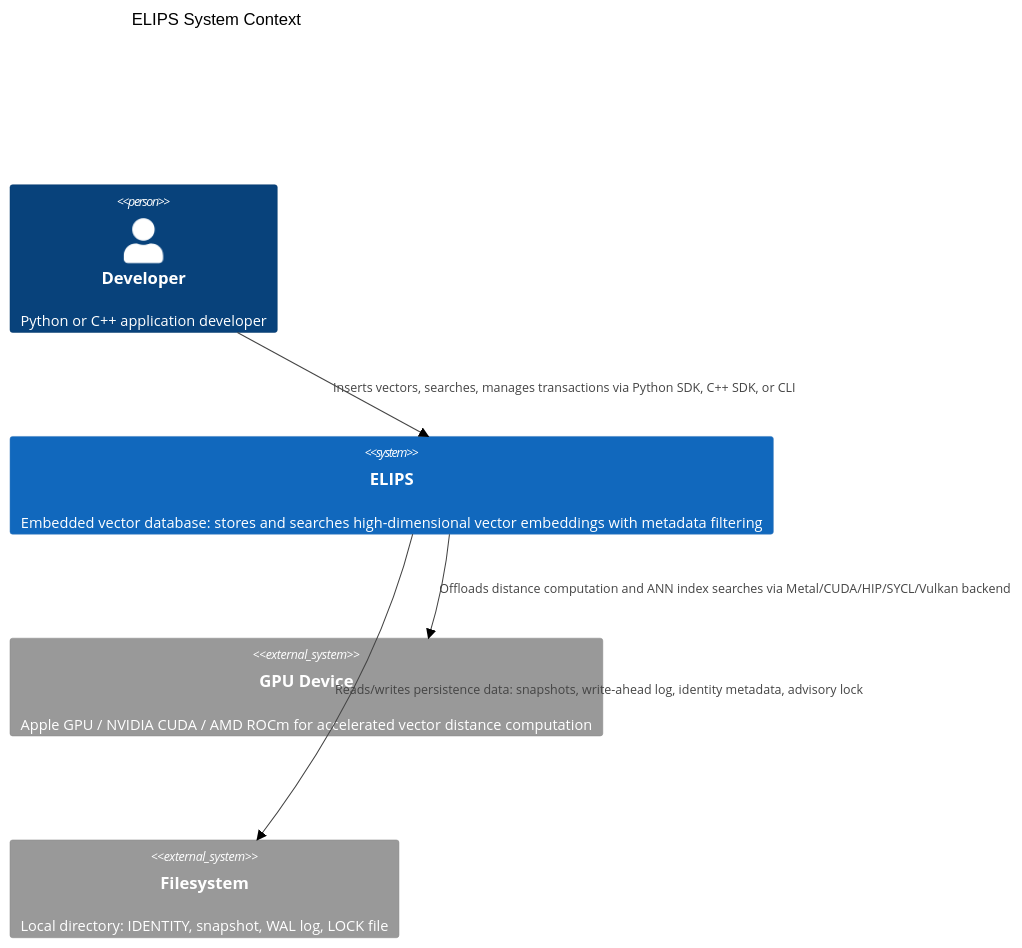
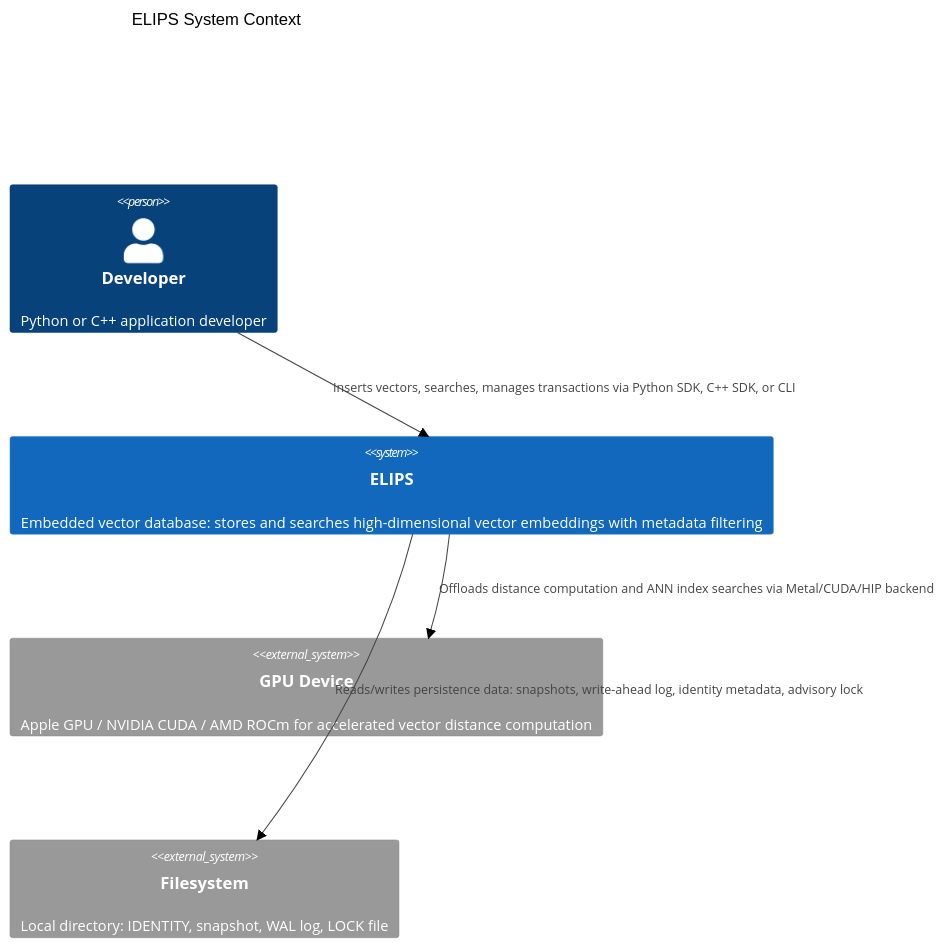
The first of 2 diagrams in docs/architecture/system-overview.md (axiomchronicles/elips), drawn with Mermaid (forest theme) before and after one commit. The commit also changed other lines of this file and 36 other files, not shown here.

````diff
--- a/docs/architecture/system-overview.md
+++ b/docs/architecture/system-overview.md
@@ -7,14 +7,14 @@
 ```mermaid
 C4Context
   title ELIPS System Context
 
   Person(dev, "Developer", "Python or C++ application developer")
   System(elips, "ELIPS", "Embedded vector database: stores and searches high-dimensional vector embeddings with metadata filtering")
 
   System_Ext(gpu, "GPU Device", "Apple GPU / NVIDIA CUDA / AMD ROCm for accelerated vector distance computation")
   System_Ext(fs, "Filesystem", "Local directory: IDENTITY, snapshot, WAL log, LOCK file")
 
   Rel(dev, elips, "Inserts vectors, searches, manages transactions via Python SDK, C++ SDK, or CLI")
-  Rel(elips, gpu, "Offloads distance computation and ANN index searches via Metal/CUDA/HIP/SYCL/Vulkan backend")
+  Rel(elips, gpu, "Offloads distance computation and ANN index searches via Metal/CUDA/HIP backend")
   Rel(elips, fs, "Reads/writes persistence data: snapshots, write-ahead log, identity metadata, advisory lock")
 ```
````
